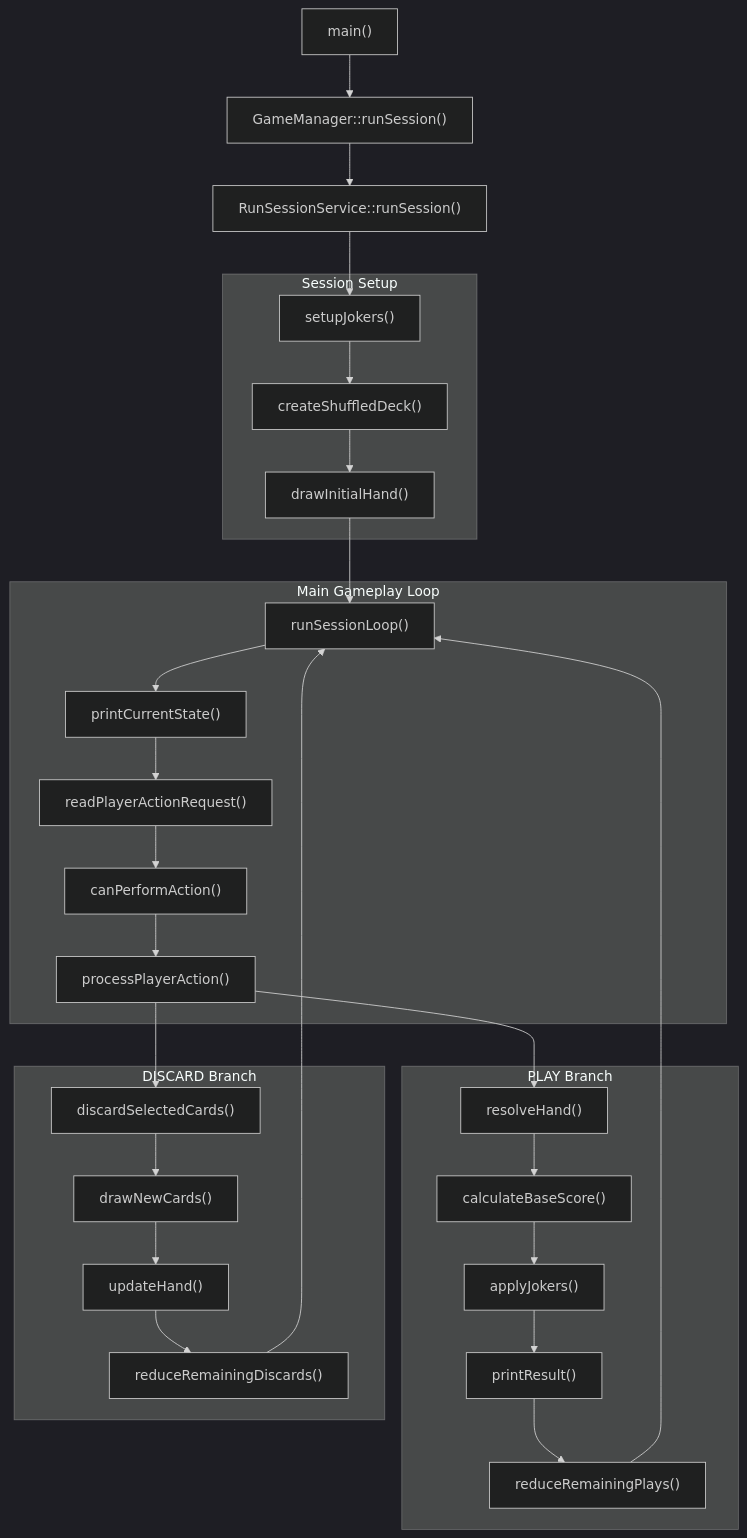
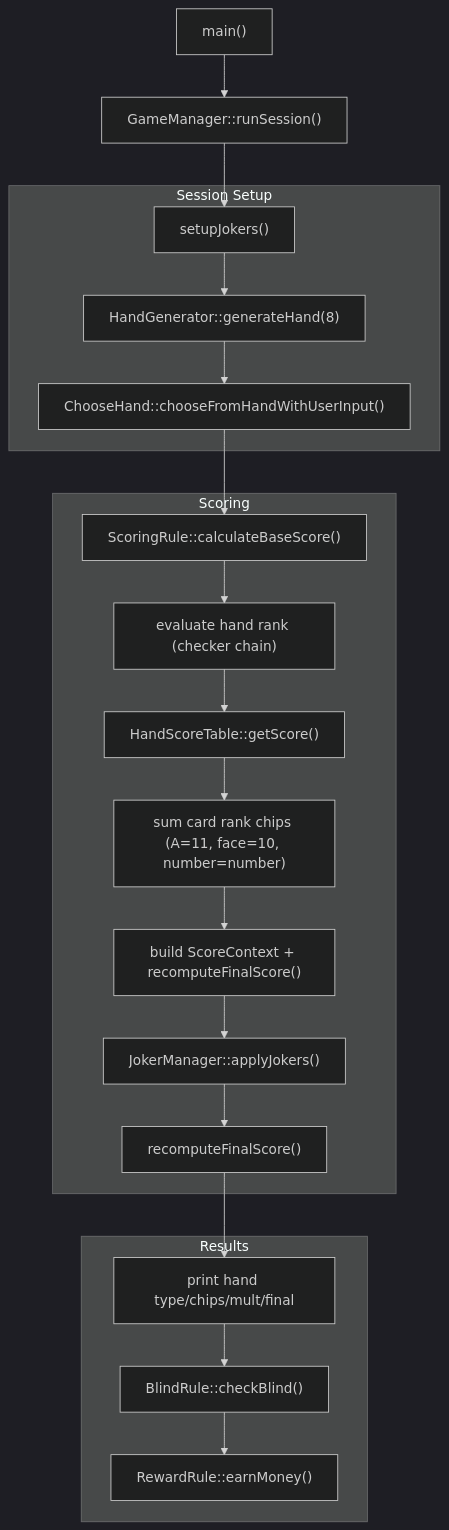
One commit to shabriafrizal/balatro-despat changed the diagram in diagram.md. Above: the diagram before and after it, drawn with Mermaid (dark theme). The commit also changed 5 other files, not shown here.

````diff
--- a/diagram.md
+++ b/diagram.md
@@ -1,45 +1,33 @@
 ```mermaid
 flowchart TD
 	main["main()"] --> runSession["GameManager::runSession()"]
-	runSession --> runService["RunSessionService::runSession()"]
 
 	subgraph SessionSetup["Session Setup"]
 		setupJokers["setupJokers()"]
-		createDeck["createShuffledDeck()"]
-		drawInitial["drawInitialHand()"]
+		generateHand["HandGenerator::generateHand(8)"]
+		chooseHand["ChooseHand::chooseFromHandWithUserInput()"]
 	end
 
-	runService --> setupJokers --> createDeck --> drawInitial
+	runSession --> setupJokers --> generateHand --> chooseHand
 
-	subgraph MainLoop["Main Gameplay Loop"]
-		loopStart["runSessionLoop()"]
-		printState["printCurrentState()"]
-		readAction["readPlayerActionRequest()"]
-		validateAction["canPerformAction()"]
-		processAction["processPlayerAction()"]
+	subgraph Scoring["Scoring"]
+		calcBase["ScoringRule::calculateBaseScore()"]
+		evalRank["evaluate hand rank (checker chain)"]
+		baseTable["HandScoreTable::getScore()"]
+		sumCardChips["sum card rank chips (A=11, face=10, number=number)"]
+		buildContext["build ScoreContext + recomputeFinalScore()"]
+		applyJokers["JokerManager::applyJokers()"]
+		recomputeFinal["recomputeFinalScore()"]
 	end
 
-	drawInitial --> loopStart
-	loopStart --> printState --> readAction --> validateAction --> processAction
+	chooseHand --> calcBase
+	calcBase --> evalRank --> baseTable --> sumCardChips --> buildContext --> applyJokers --> recomputeFinal
 
-	subgraph PlayBranch["PLAY Branch"]
-		resolveHand["resolveHand()"]
-		baseScore["calculateBaseScore()"]
-		applyJokers["applyJokers()"]
-		printResult["printResult()"]
-		reducePlays["reduceRemainingPlays()"]
+	subgraph Results["Results"]
+		printResult["print hand type/chips/mult/final"]
+		checkBlind["BlindRule::checkBlind()"]
+		reward["RewardRule::earnMoney()"]
 	end
 
-	subgraph DiscardBranch["DISCARD Branch"]
-		discardCards["discardSelectedCards()"]
-		drawNew["drawNewCards()"]
-		updateHand["updateHand()"]
-		reduceDiscards["reduceRemainingDiscards()"]
-	end
-
-	processAction --> resolveHand
-	processAction --> discardCards
-
-	resolveHand --> baseScore --> applyJokers --> printResult --> reducePlays --> loopStart
-	discardCards --> drawNew --> updateHand --> reduceDiscards --> loopStart
+	recomputeFinal --> printResult --> checkBlind --> reward
 ```
````
